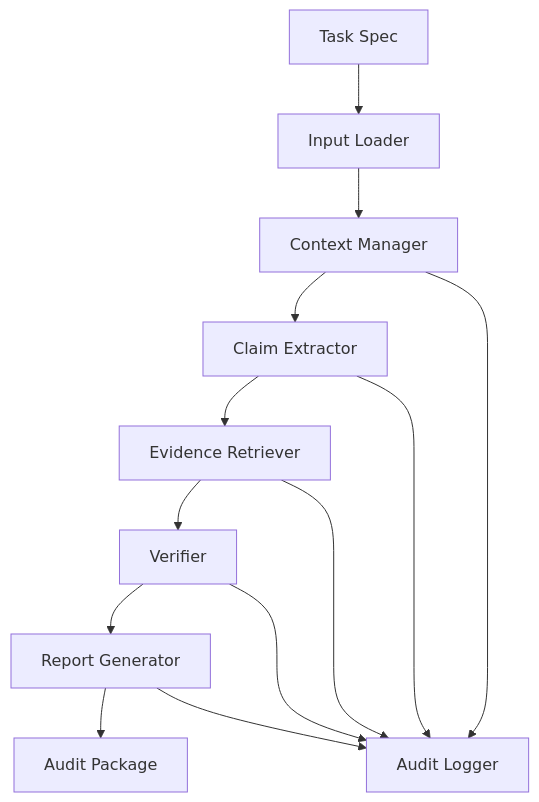
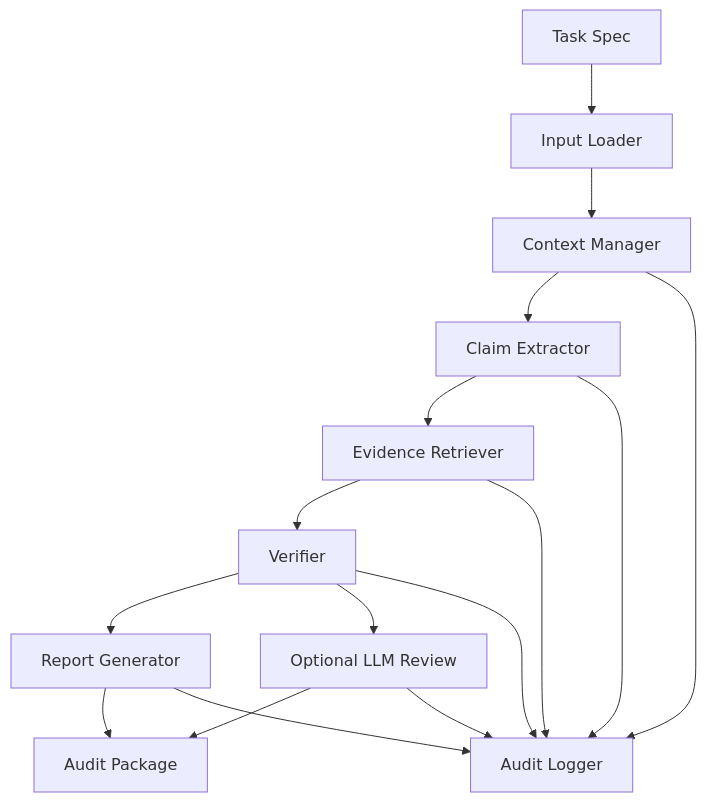
Before and after one commit to RubyYii/ClaimHarness: the diagram in docs/architecture.md, drawn with Mermaid. The commit also changed other lines of this file and 8 other files, not shown here.

````diff
--- a/docs/architecture.md
+++ b/docs/architecture.md
@@ -7,15 +7,18 @@
 ```mermaid
 flowchart TD
     A["Task Spec"] --> B["Input Loader"]
     B --> C["Context Manager"]
     C --> D["Claim Extractor"]
     D --> E["Evidence Retriever"]
     E --> F["Verifier"]
     F --> G["Report Generator"]
     G --> H["Audit Package"]
+    F --> J["Optional LLM Review"]
+    J --> H
     C --> I["Audit Logger"]
     D --> I
     E --> I
     F --> I
     G --> I
+    J --> I
 ```
````
